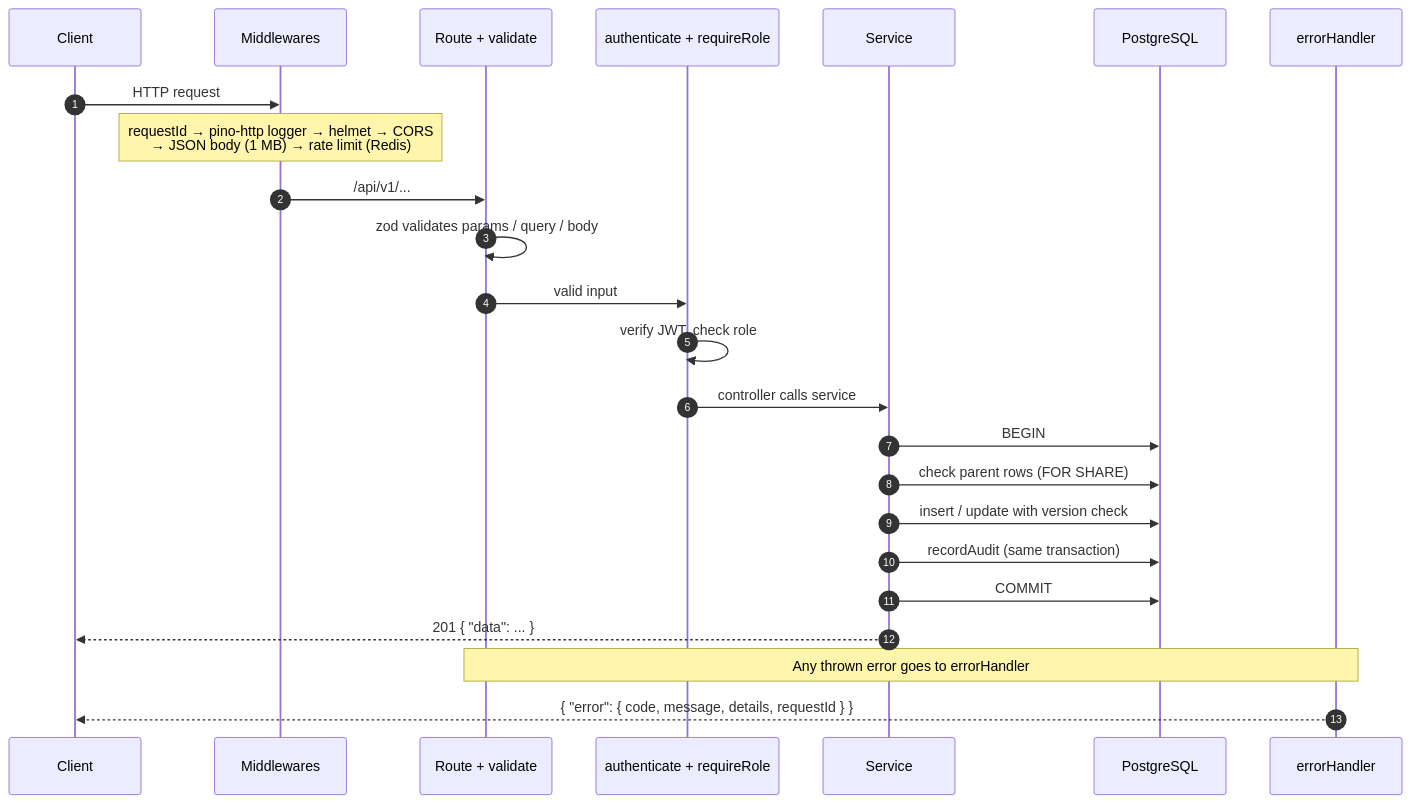
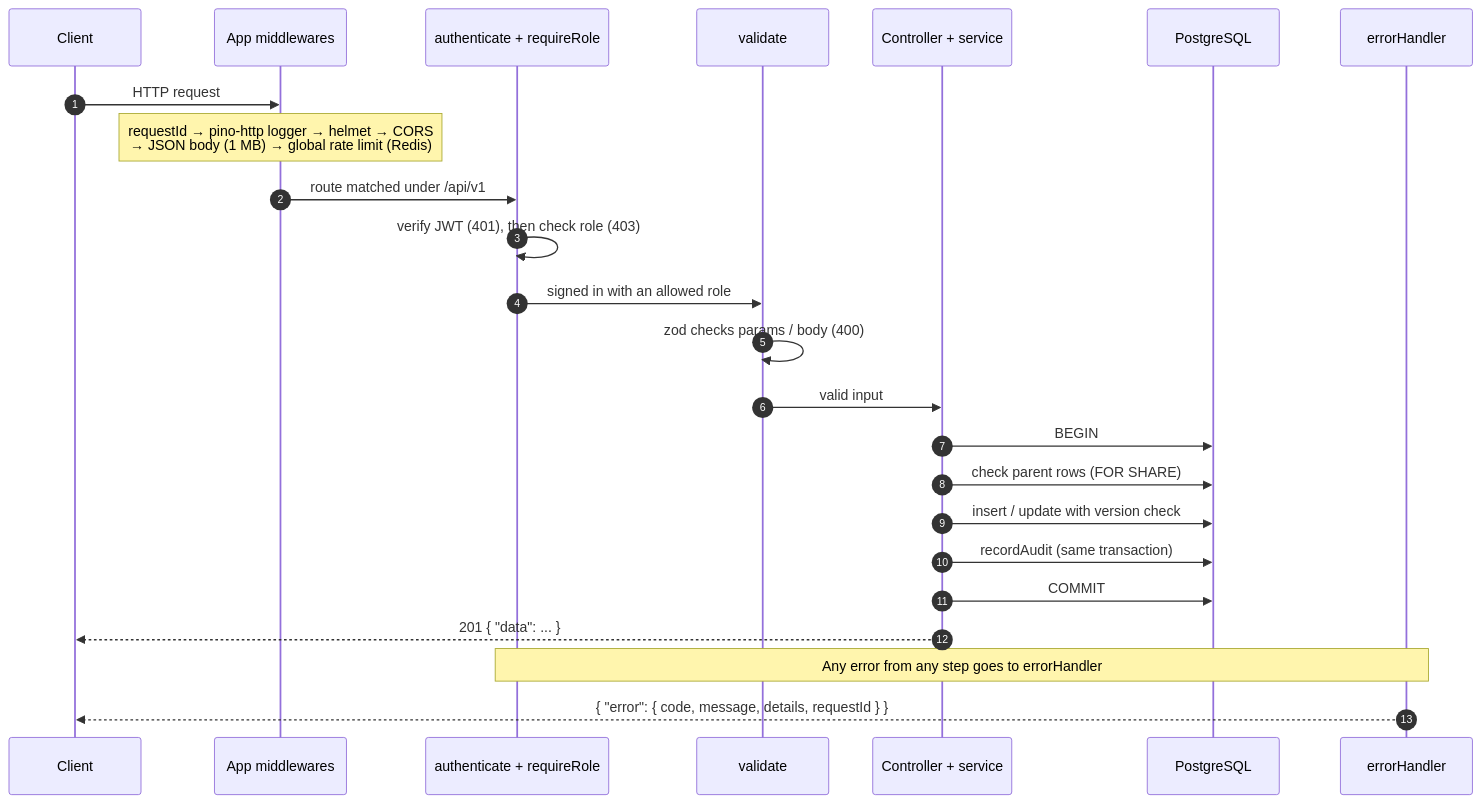
One commit to halaawwad/qaryati changed the fourth of 4 diagrams in docs/architecture.md. Above: the diagram before and after it, drawn with Mermaid. The commit also changed other lines of this file and 1 other file, not shown here.

Commit message:
docs: correct request flow, route access, planned workflows and DB constraints

````diff
--- a/docs/architecture.md
+++ b/docs/architecture.md
@@ -108,27 +112,27 @@
 ```mermaid
 sequenceDiagram
     autonumber
     participant C as Client
-    participant M as Middlewares
-    participant R as Route + validate
+    participant M as App middlewares
     participant A as authenticate + requireRole
-    participant S as Service
+    participant V as validate
+    participant S as Controller + service
     participant DB as PostgreSQL
     participant E as errorHandler
 
     C->>M: HTTP request
-    Note over M: requestId → pino-http logger → helmet → CORS<br/>→ JSON body (1 MB) → rate limit (Redis)
-    M->>R: /api/v1/...
-    R->>R: zod validates params / query / body
-    R->>A: valid input
-    A->>A: verify JWT, check role
-    A->>S: controller calls service
+    Note over M: requestId → pino-http logger → helmet → CORS<br/>→ JSON body (1 MB) → global rate limit (Redis)
+    M->>A: route matched under /api/v1
+    A->>A: verify JWT (401), then check role (403)
+    A->>V: signed in with an allowed role
+    V->>V: zod checks params / body (400)
+    V->>S: valid input
     S->>DB: BEGIN
     S->>DB: check parent rows (FOR SHARE)
     S->>DB: insert / update with version check
     S->>DB: recordAudit (same transaction)
     S->>DB: COMMIT
     S-->>C: 201 { "data": ... }
-    Note over R,E: Any thrown error goes to errorHandler
+    Note over A,E: Any error from any step goes to errorHandler
     E-->>C: { "error": { code, message, details, requestId } }
 ```
````
